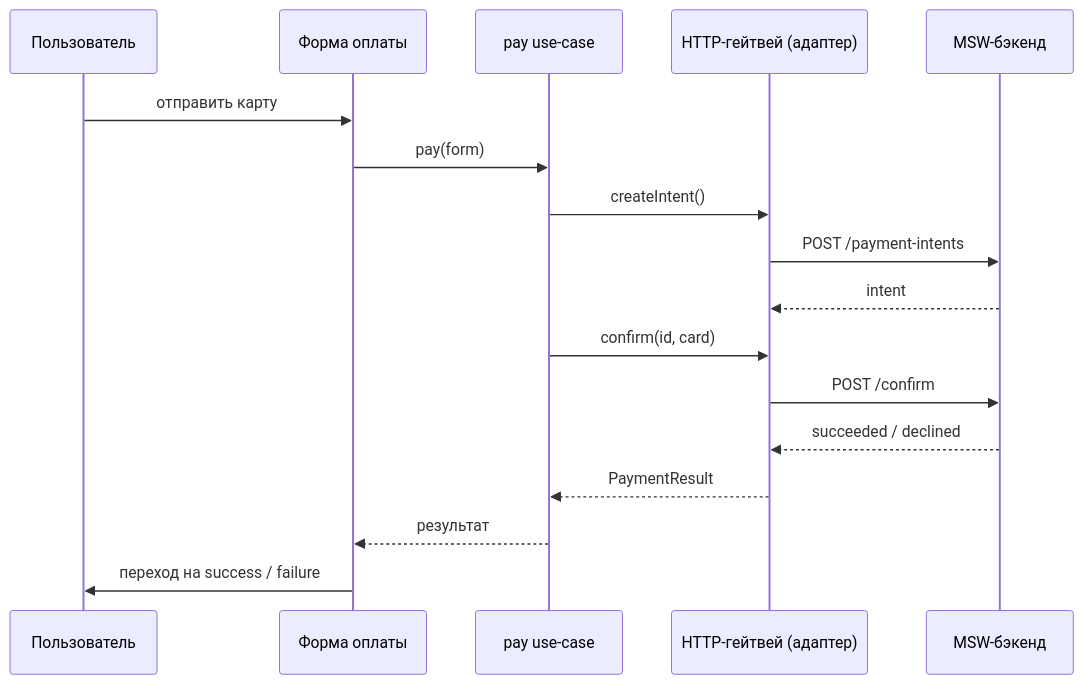
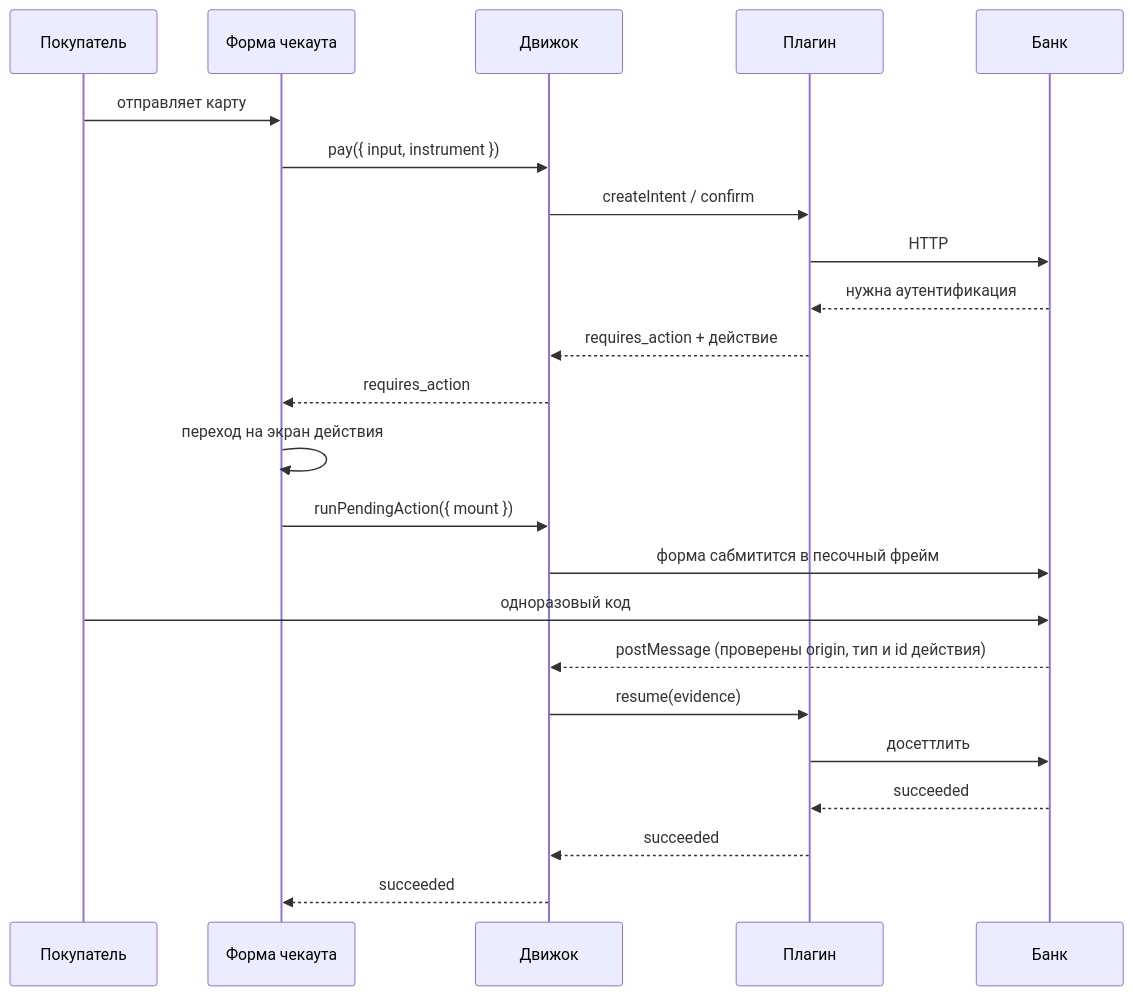
Before and after one commit to themafia98/payment-gateway: the second of 3 diagrams in docs/architecture.ru.md, drawn with Mermaid. The commit also changed other lines of this file and 4 other files, not shown here.

````diff
--- a/docs/architecture.ru.md
+++ b/docs/architecture.ru.md
@@ -112,19 +112,26 @@
 ```mermaid
 sequenceDiagram
-    participant U as Пользователь
-    participant F as Форма оплаты
-    participant UC as pay use-case
-    participant G as HTTP-гейтвей (адаптер)
-    participant B as MSW-бэкенд
-    U->>F: отправить карту
-    F->>UC: pay(form)
-    UC->>G: createIntent()
-    G->>B: POST /payment-intents
-    B-->>G: intent
-    UC->>G: confirm(id, card)
-    G->>B: POST /confirm
-    B-->>G: succeeded / declined
-    G-->>UC: PaymentResult
-    UC-->>F: результат
-    F->>U: переход на success / failure
+    participant S as Покупатель
+    participant F as Форма чекаута
+    participant E as Движок
+    participant P as Плагин
+    participant B as Банк
+
+    S->>F: отправляет карту
+    F->>E: pay({ input, instrument })
+    E->>P: createIntent / confirm
+    P->>B: HTTP
+    B-->>P: нужна аутентификация
+    P-->>E: requires_action + действие
+    E-->>F: requires_action
+    F->>F: переход на экран действия
+    F->>E: runPendingAction({ mount })
+    E->>B: форма сабмитится в песочный фрейм
+    S->>B: одноразовый код
+    B-->>E: postMessage (проверены origin, тип и id действия)
+    E->>P: resume(evidence)
+    P->>B: досеттлить
+    B-->>P: succeeded
+    P-->>E: succeeded
+    E-->>F: succeeded
 ```
````
